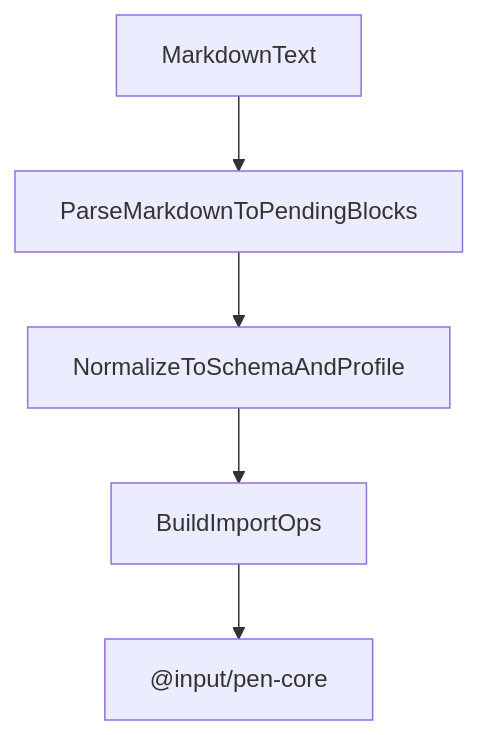
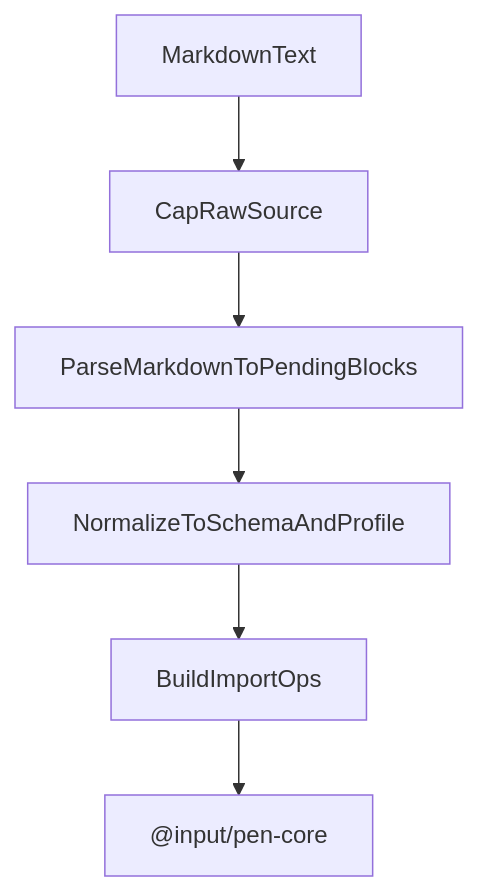
Before and after one commit to JayaKrishnaNamburu/pen: the diagram in spec/packages/extensions/import-markdown.md, drawn with Mermaid. The commit also changed other lines of this file and 493 other files, not shown here.

````diff
--- a/spec/packages/extensions/import-markdown.md
+++ b/spec/packages/extensions/import-markdown.md
@@ -27,13 +27,15 @@
 ```mermaid
 flowchart TD
   Markdown[MarkdownText]
+  Cap[CapRawSource]
   Parse[ParseMarkdownToPendingBlocks]
   Normalize[NormalizeToSchemaAndProfile]
   Ops[BuildImportOps]
   Core["@input/pen-core"]
 
-  Markdown --> Parse
+  Markdown --> Cap
+  Cap --> Parse
   Parse --> Normalize
   Normalize --> Ops
   Ops --> Core
 ```
````
